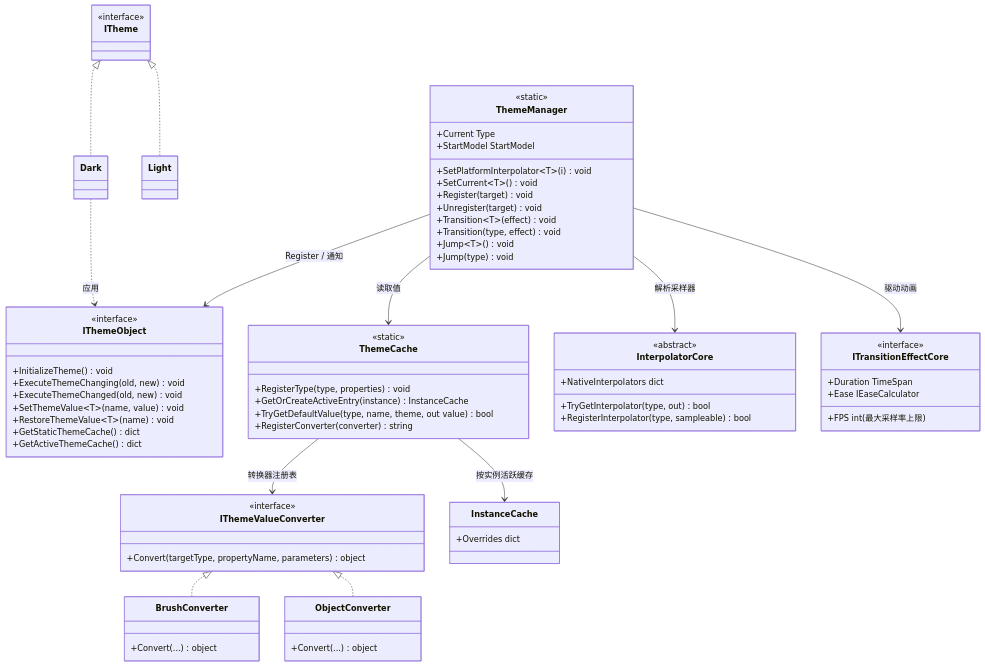
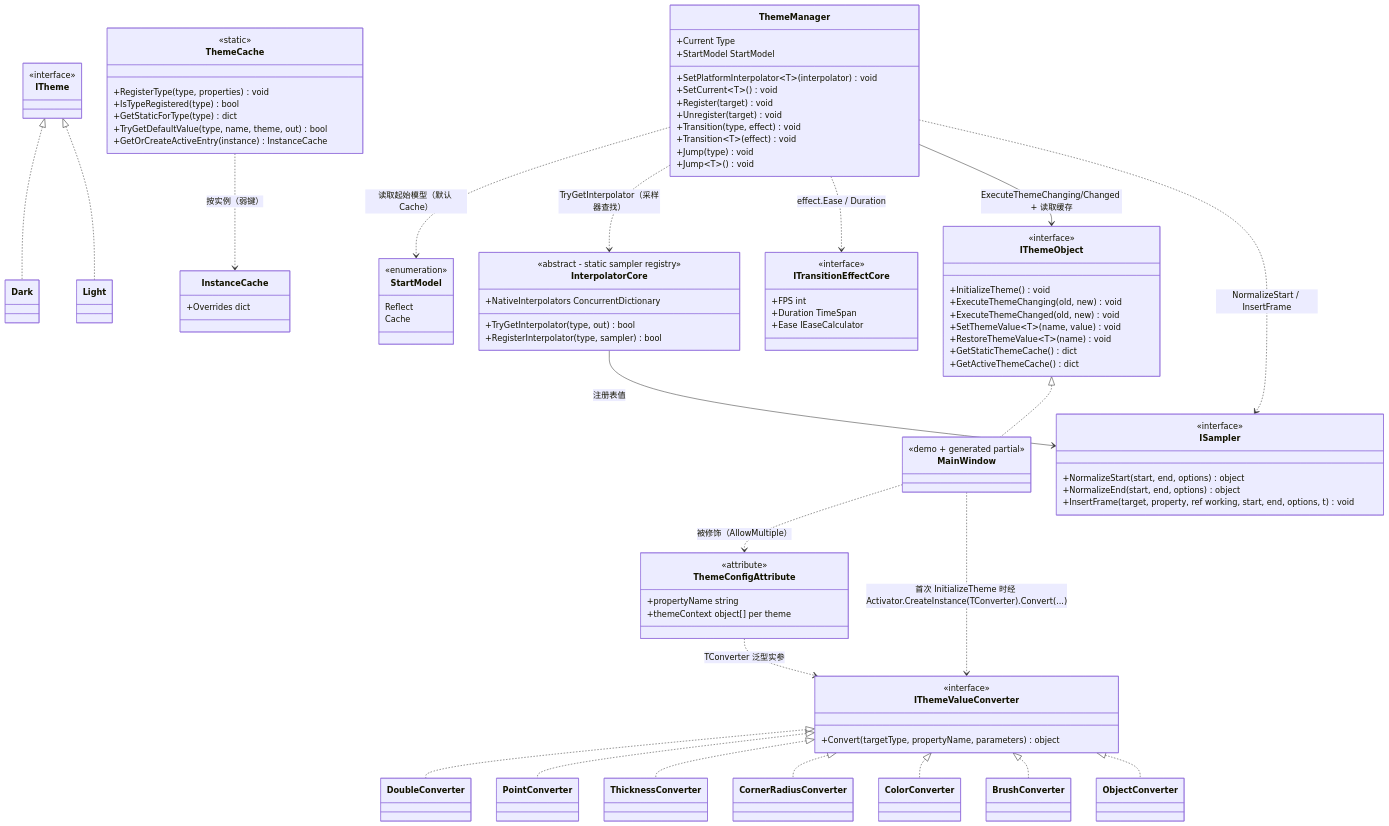
The diagram in src/CloudGlyph/Assets/Docs/content/zh/3_SE分析/02_设计模式分析/04_动态主题/index.md (Axvser/VeloxDev.Docs), drawn with Mermaid before and after one commit. The commit also changed other lines of this file and 443 other files, not shown here.

````diff
--- a/src/CloudGlyph/Assets/Docs/content/zh/3_SE分析/02_设计模式分析/04_动态主题/index.md
+++ b/src/CloudGlyph/Assets/Docs/content/zh/3_SE分析/02_设计模式分析/04_动态主题/index.md
@@ -9,9 +9,12 @@
     class ITheme {
         <<interface>>
     }
-    class Dark {
-    }
-    class Light {
+    class Dark
+    class Light
+    class ThemeConfigAttribute {
+        <<attribute>>
+        +propertyName string
+        +themeContext object[] per theme
     }
     class IThemeObject {
         <<interface>>
@@ -23,25 +26,33 @@
         +GetStaticThemeCache() dict
         +GetActiveThemeCache() dict
     }
+    class MainWindow {
+        <<demo + generated partial>>
+    }
     class ThemeManager {
-        <<static>>
         +Current Type
         +StartModel StartModel
-        +SetPlatformInterpolator~T~(i) void
+        +SetPlatformInterpolator~T~(interpolator) void
         +SetCurrent~T~() void
         +Register(target) void
         +Unregister(target) void
+        +Transition(type, effect) void
         +Transition~T~(effect) void
-        +Transition(type, effect) void
+        +Jump(type) void
         +Jump~T~() void
-        +Jump(type) void
+    }
+    class StartModel {
+        <<enumeration>>
+        Reflect
+        Cache
     }
     class ThemeCache {
         <<static>>
         +RegisterType(type, properties) void
+        +IsTypeRegistered(type) bool
+        +GetStaticForType(type) dict
+        +TryGetDefaultValue(type, name, theme, out) bool
         +GetOrCreateActiveEntry(instance) InstanceCache
-        +TryGetDefaultValue(type, name, theme, out value) bool
-        +RegisterConverter(converter) string
     }
     class InstanceCache {
         +Overrides dict
@@ -50,34 +61,50 @@
         <<interface>>
         +Convert(targetType, propertyName, parameters) object
     }
-    class BrushConverter {
-        +Convert(...) object
+    class DoubleConverter
+    class PointConverter
+    class ThicknessConverter
+    class CornerRadiusConverter
+    class ColorConverter
+    class BrushConverter
+    class ObjectConverter
+    class InterpolatorCore {
+        <<abstract - static sampler registry>>
+        +NativeInterpolators ConcurrentDictionary
+        +TryGetInterpolator(type, out) bool
+        +RegisterInterpolator(type, sampler) bool
     }
-    class ObjectConverter {
-        +Convert(...) object
-    }
-    class InterpolatorCore {
-        <<abstract>>
-        +NativeInterpolators dict
-        +TryGetInterpolator(type, out) bool
-        +RegisterInterpolator(type, sampleable) bool
+    class ISampler {
+        <<interface>>
+        +NormalizeStart(start, end, options) object
+        +NormalizeEnd(start, end, options) object
+        +InsertFrame(target, property, ref working, start, end, options, t) void
     }
     class ITransitionEffectCore {
         <<interface>>
-        +FPS int (最大采样率上限)
+        +FPS int
         +Duration TimeSpan
         +Ease IEaseCalculator
     }
 
     ITheme <|.. Dark
     ITheme <|.. Light
-    ThemeManager --> IThemeObject : Register / 通知
-    ThemeManager --> ThemeCache : 读取值
-    ThemeManager --> InterpolatorCore : 解析采样器
-    ThemeManager --> ITransitionEffectCore : 驱动动画
+    ThemeManager ..> StartModel : 读取起始模型（默认 Cache）
+    ThemeManager ..> InterpolatorCore : TryGetInterpolator（采样器查找）
+    ThemeManager ..> ITransitionEffectCore : effect.Ease / Duration
+    ThemeManager --> IThemeObject : ExecuteThemeChanging/Changed + 读取缓存
+    IThemeObject <|.. MainWindow
+    MainWindow ..> ThemeConfigAttribute : 被修饰（AllowMultiple）
+    ThemeConfigAttribute ..> IThemeValueConverter : TConverter 泛型实参
+    MainWindow ..> IThemeValueConverter : 首次 InitializeTheme 时经 Activator.CreateInstance(TConverter).Convert(...)
+    ThemeCache ..> InstanceCache : 按实例（弱键）
+    IThemeValueConverter <|.. DoubleConverter
+    IThemeValueConverter <|.. PointConverter
+    IThemeValueConverter <|.. ThicknessConverter
+    IThemeValueConverter <|.. CornerRadiusConverter
+    IThemeValueConverter <|.. ColorConverter
     IThemeValueConverter <|.. BrushConverter
     IThemeValueConverter <|.. ObjectConverter
-    ThemeCache --> IThemeValueConverter : 转换器注册表
-    ThemeCache --> InstanceCache : 按实例活跃缓存
-    Dark ..> IThemeObject : 应用
+    InterpolatorCore --> ISampler : 注册表值
+    ThemeManager ..> ISampler : NormalizeStart / InsertFrame
 ```
````
